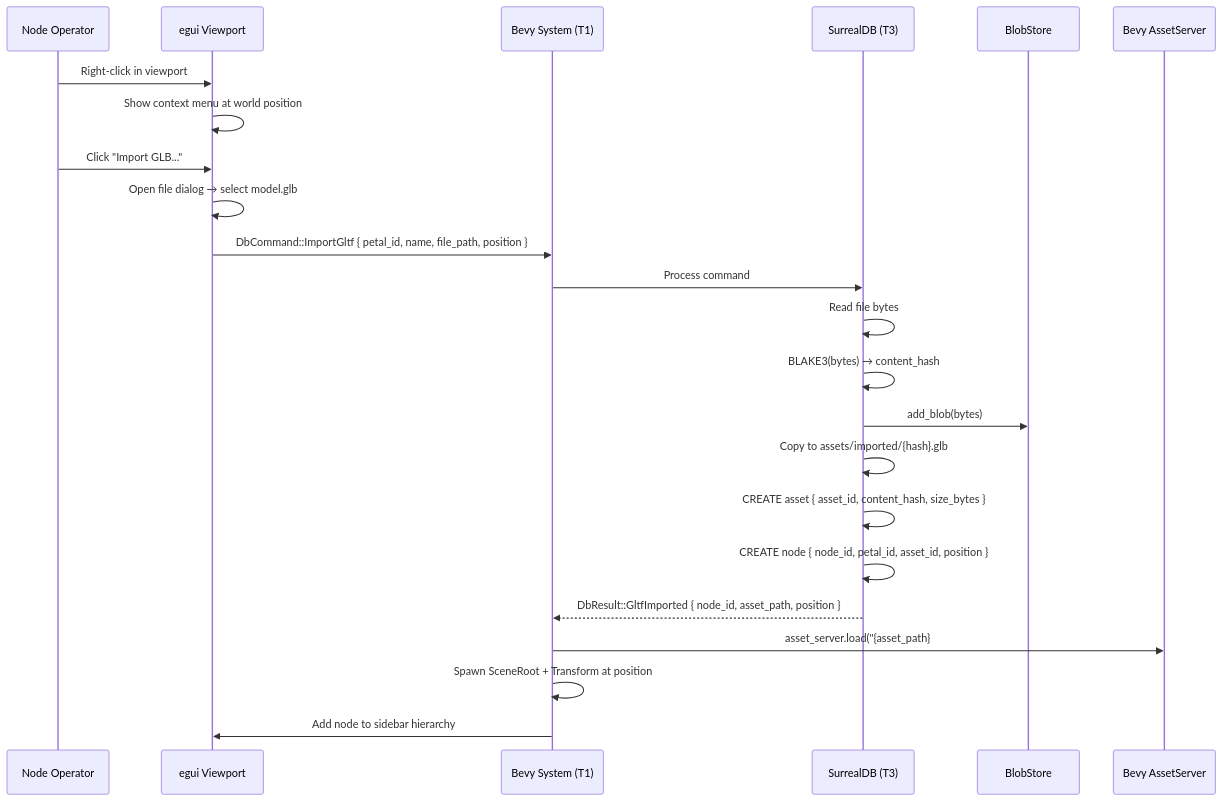
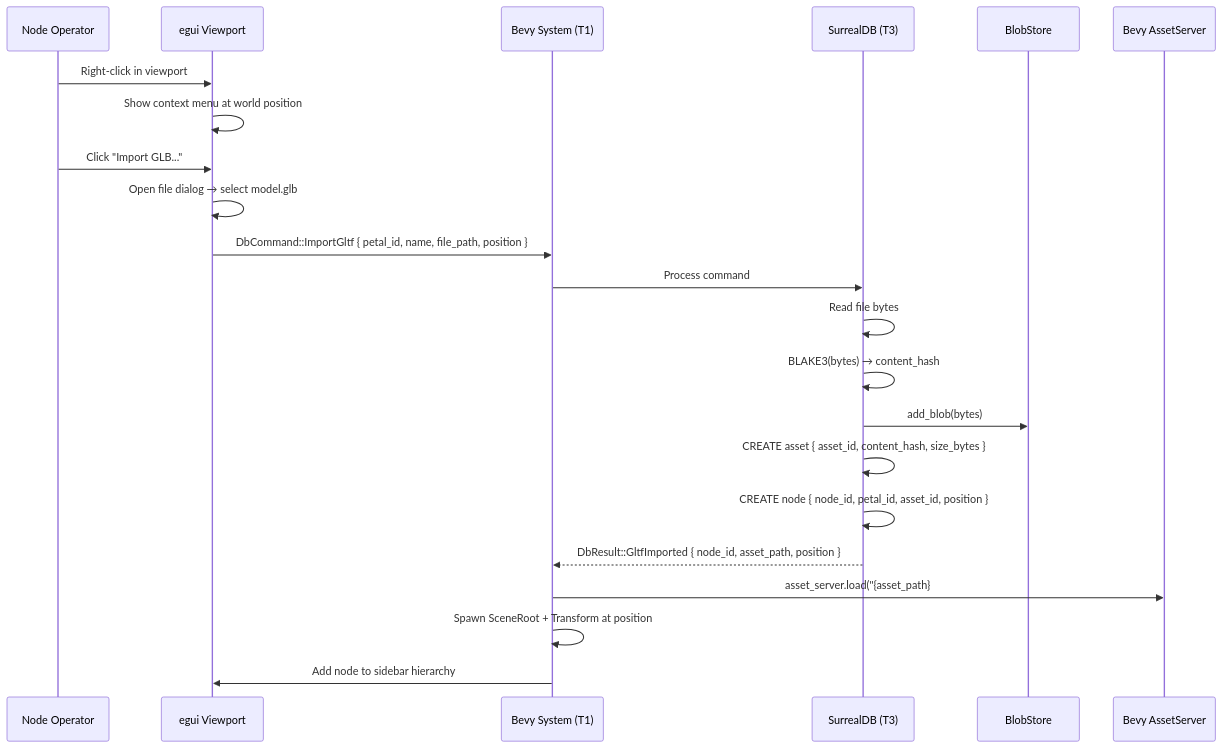
One commit to Escherbridge/fractalengine changed the second of 5 diagrams in docs/diagrams/11-user-interaction-flow.md. Above: the diagram before and after it, drawn with Mermaid. The commit also changed 8 other files, not shown here.

First line of the commit message:
feat(fe-database)!: retire the imported/ GLB disk fallback behind a one-time blob-store backfill (tests deferred)

````diff
--- a/docs/diagrams/11-user-interaction-flow.md
+++ b/docs/diagrams/11-user-interaction-flow.md
@@ -35,30 +35,29 @@
 ```mermaid
 sequenceDiagram
     participant Op as Node Operator
     participant UI as egui Viewport
     participant T1 as Bevy System (T1)
     participant T3 as SurrealDB (T3)
     participant Blob as BlobStore
     participant Bevy as Bevy AssetServer
 
     Op->>UI: Right-click in viewport
     UI->>UI: Show context menu at world position
     Op->>UI: Click "Import GLB..."
     UI->>UI: Open file dialog → select model.glb
 
     UI->>T1: DbCommand::ImportGltf { petal_id, name, file_path, position }
     T1->>T3: Process command
 
     T3->>T3: Read file bytes
     T3->>T3: BLAKE3(bytes) → content_hash
     T3->>Blob: add_blob(bytes)
-    T3->>T3: Copy to assets/imported/{hash}.glb
     T3->>T3: CREATE asset { asset_id, content_hash, size_bytes }
     T3->>T3: CREATE node { node_id, petal_id, asset_id, position }
 
     T3-->>T1: DbResult::GltfImported { node_id, asset_path, position }
 
     T1->>Bevy: asset_server.load("{asset_path}#Scene0")
     T1->>T1: Spawn SceneRoot + Transform at position
     T1->>UI: Add node to sidebar hierarchy
 ```
````
